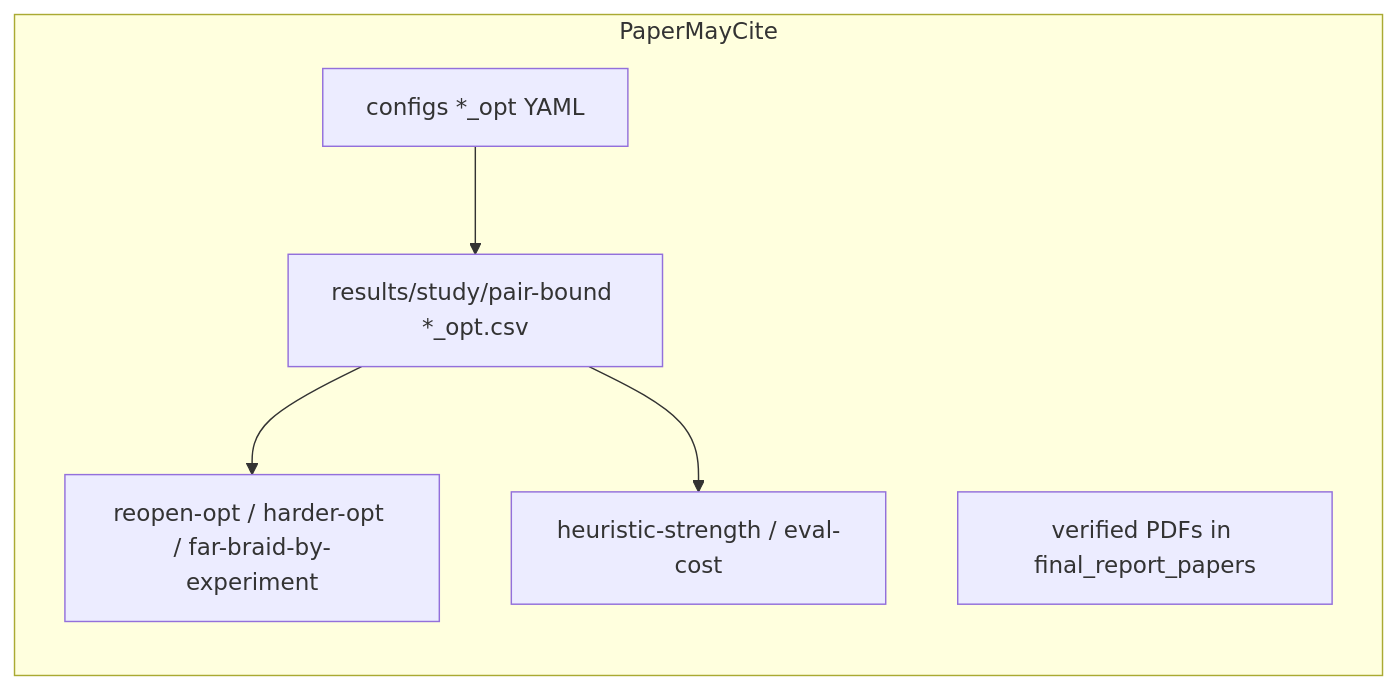
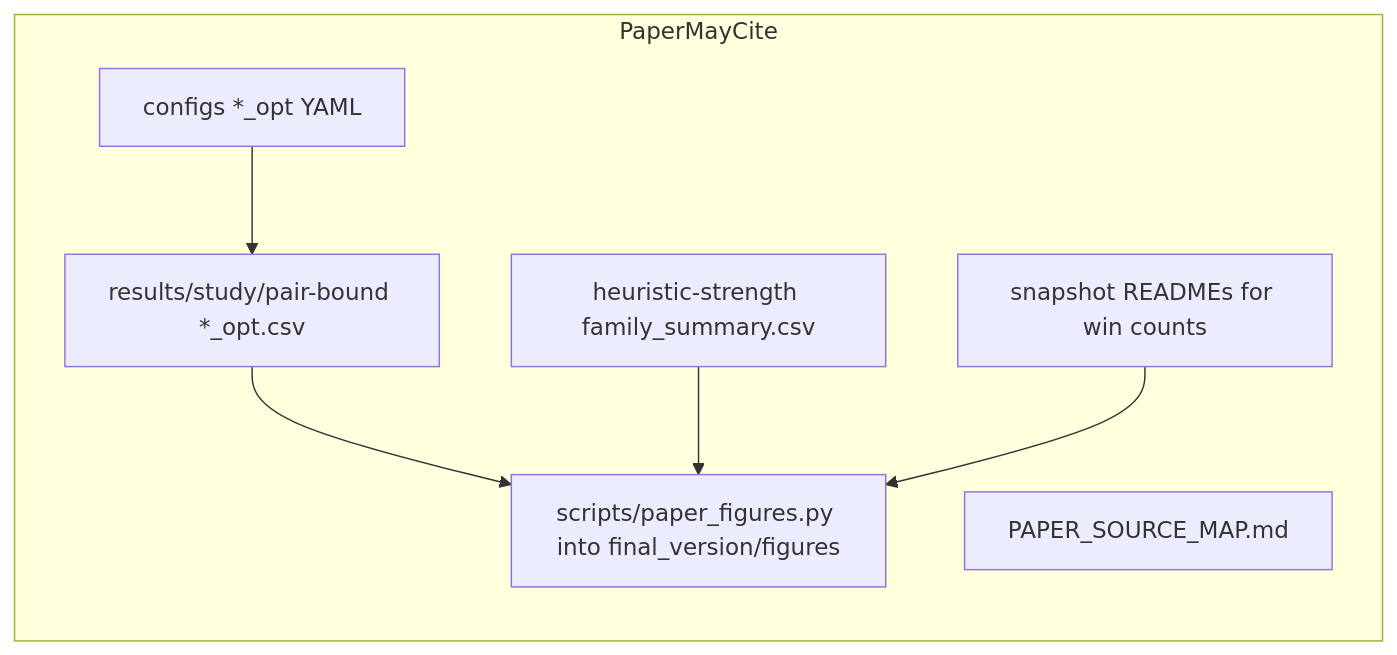
Before and after one commit to nofav1/sfbds-f2f-vs-f2e: the diagram in .cursor/plans/final-report-construction.plan.md, drawn with Mermaid. The commit also changed other lines of this file and 23 other files, not shown here.

````diff
--- a/.cursor/plans/final-report-construction.plan.md
+++ b/.cursor/plans/final-report-construction.plan.md
@@ -188,12 +188,15 @@
 ```mermaid
 flowchart LR
   subgraph paper [PaperMayCite]
     yamlOpt["configs *_opt YAML"]
     csvOpt["results/study/pair-bound *_opt.csv"]
-    snap["reopen-opt / harder-opt / far-braid-by-experiment"]
-    mech["heuristic-strength / eval-cost"]
-    pubs["verified PDFs in final_report_papers"]
+    snap["snapshot READMEs for win counts"]
+    fam["heuristic-strength family_summary.csv"]
+    figs["scripts/paper_figures.py into final_version/figures"]
+    pubs["PAPER_SOURCE_MAP.md"]
   end
-  yamlOpt --> csvOpt --> snap
-  csvOpt --> mech
+  yamlOpt --> csvOpt
+  csvOpt --> figs
+  fam --> figs
+  snap --> figs
 ```
````
